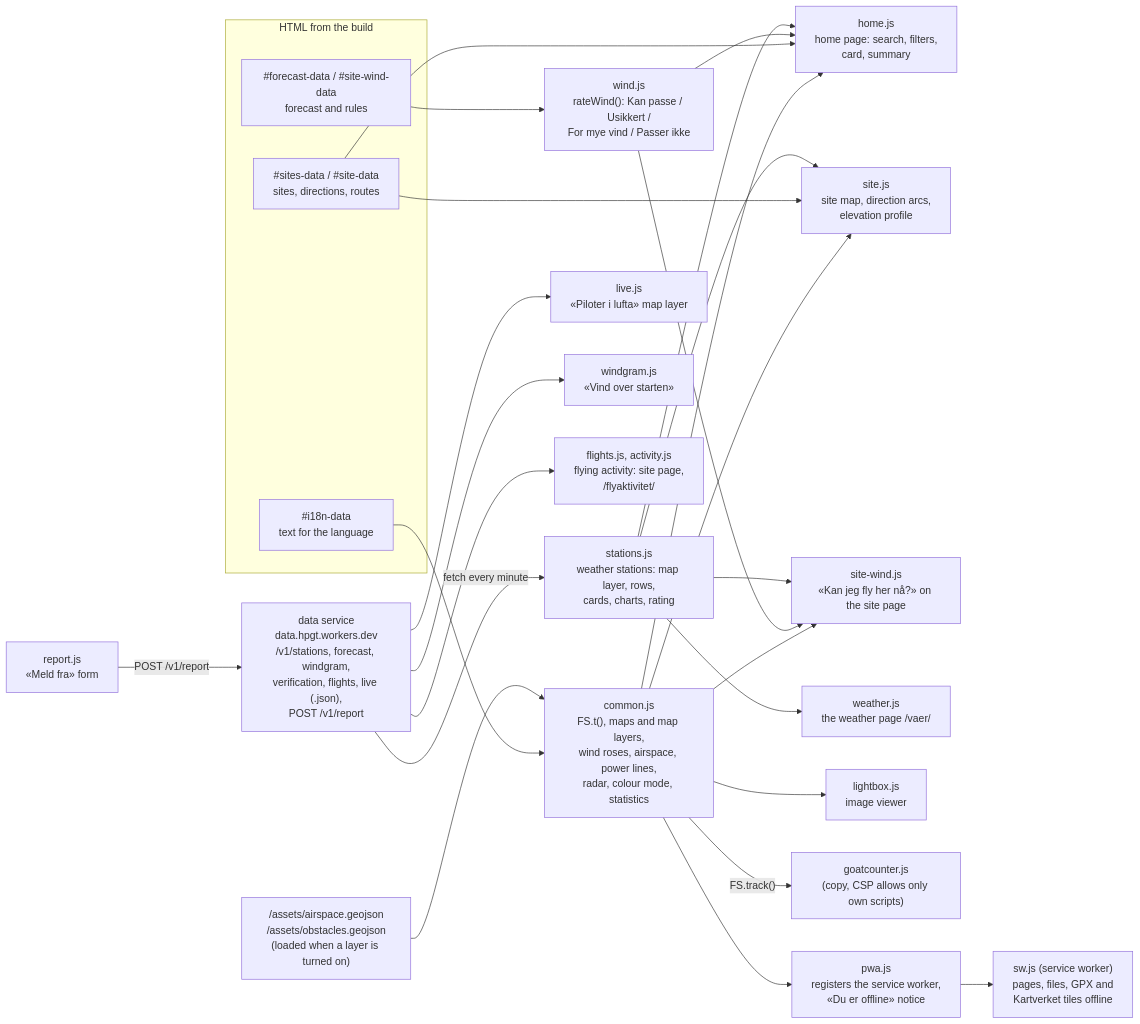
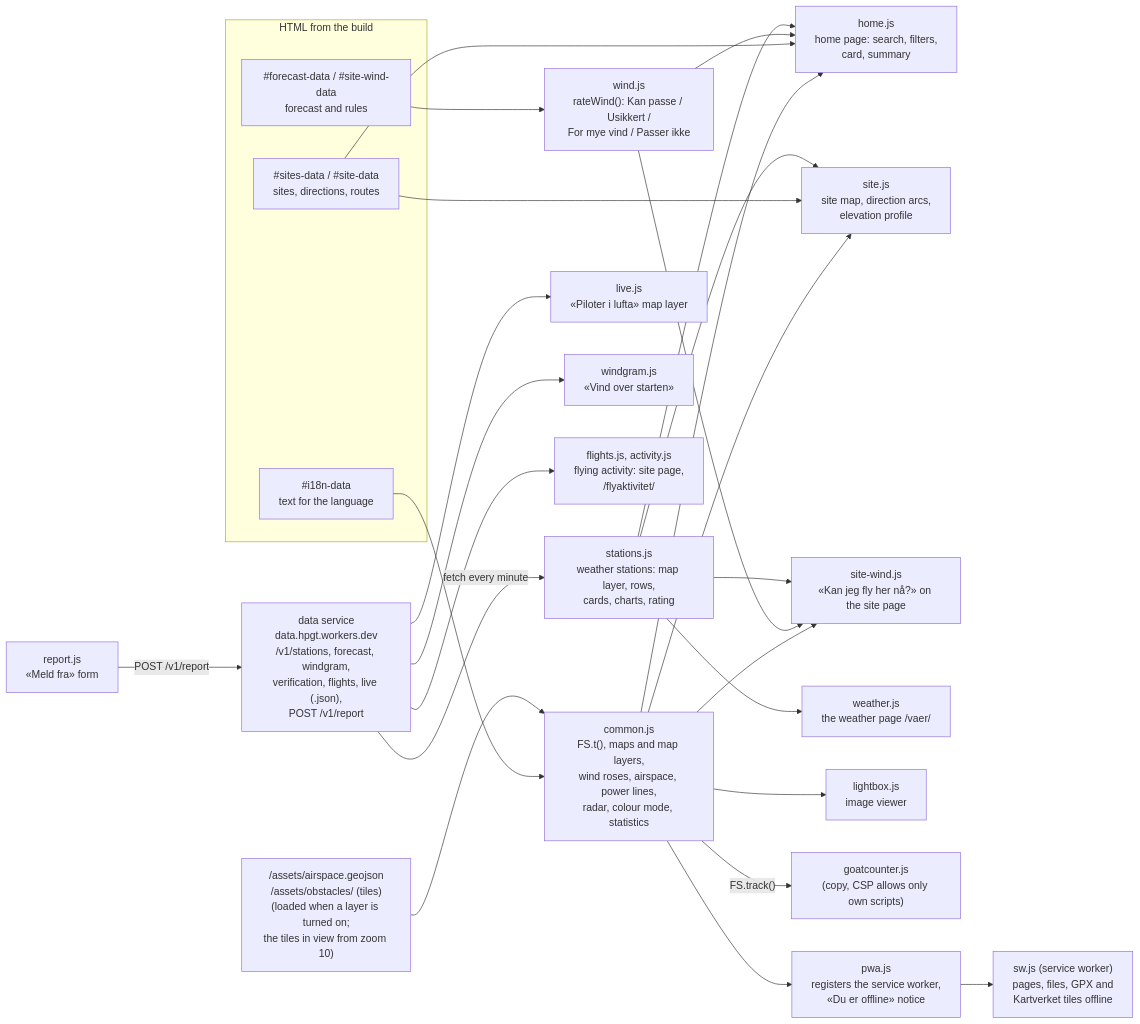
One commit to hpgt-com/flying-sites changed the third of 5 diagrams in docs/architecture.md. Above: the diagram before and after it, drawn with Mermaid. The commit also changed other lines of this file, not shown here.

````diff
--- a/docs/architecture.md
+++ b/docs/architecture.md
@@ -134,37 +134,37 @@
 ```mermaid
 flowchart LR
   subgraph page["HTML from the build"]
     j1["#i18n-data<br/>text for the language"]
     j2["#sites-data / #site-data<br/>sites, directions, routes"]
     j3["#forecast-data / #site-wind-data<br/>forecast and rules"]
   end
 
   common["common.js<br/>FS.t(), maps and map layers,<br/>wind roses, airspace, power lines,<br/>radar, colour mode, statistics"]
-  assets["/assets/airspace.geojson<br/>/assets/obstacles.geojson<br/>(loaded when a layer is turned on)"]
+  assets["/assets/airspace.geojson<br/>/assets/obstacles/ (tiles)<br/>(loaded when a layer is turned on;<br/>the tiles in view from zoom 10)"]
   wind["wind.js<br/>rateWind(): Kan passe / Usikkert /<br/>For mye vind / Passer ikke"]
   home["home.js<br/>home page: search, filters,<br/>card, summary"]
   site["site.js<br/>site map, direction arcs,<br/>elevation profile"]
   sitewind["site-wind.js<br/>«Kan jeg fly her nå?» on the site page"]
   stations["stations.js<br/>weather stations: map layer, rows,<br/>cards, charts, rating"]
   weather["weather.js<br/>the weather page /vaer/"]
   data["data service<br/>data.hpgt.workers.dev<br/>/v1/stations, forecast, windgram,<br/>verification, flights, live (.json),<br/>POST /v1/report"]
   live["live.js<br/>«Piloter i lufta» map layer"]
   windgram["windgram.js<br/>«Vind over starten»"]
   flights["flights.js, activity.js<br/>flying activity: site page,<br/>/flyaktivitet/"]
   report["report.js<br/>«Meld fra» form"]
   lightbox["lightbox.js<br/>image viewer"]
   goat["goatcounter.js<br/>(copy, CSP allows only own scripts)"]
   pwa["pwa.js<br/>registers the service worker,<br/>«Du er offline» notice"]
   sw["sw.js (service worker)<br/>pages, files, GPX and<br/>Kartverket tiles offline"]
 
   j1 --> common
   assets --> common
   common --> home & site & sitewind & lightbox
   j2 --> home & site
   j3 --> wind --> home & sitewind
   data -- "fetch every minute" --> stations --> home & site & sitewind & weather
   data --> live & windgram & flights
   report -- "POST /v1/report" --> data
   common -- "FS.track()" --> goat
   common --> pwa --> sw
 ```
````
